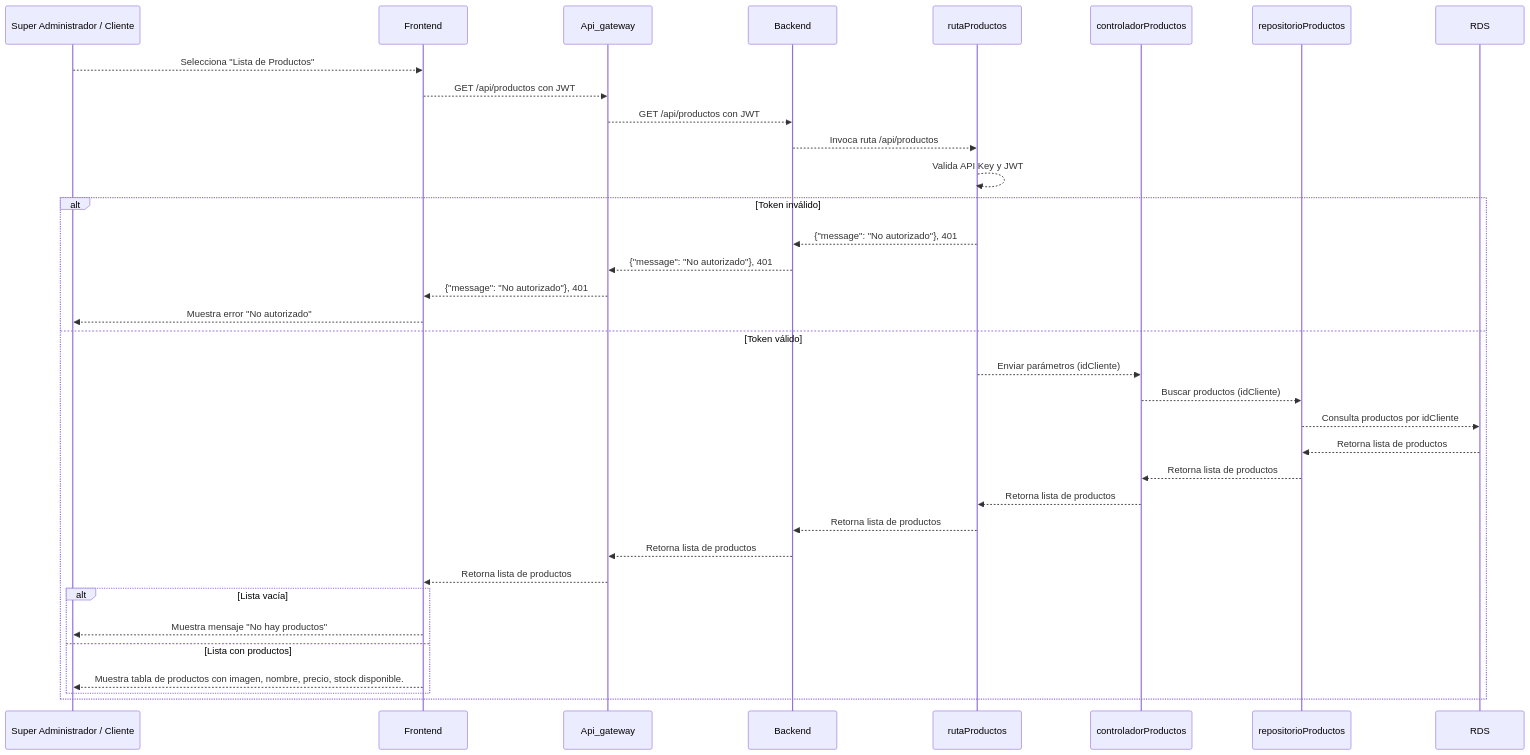
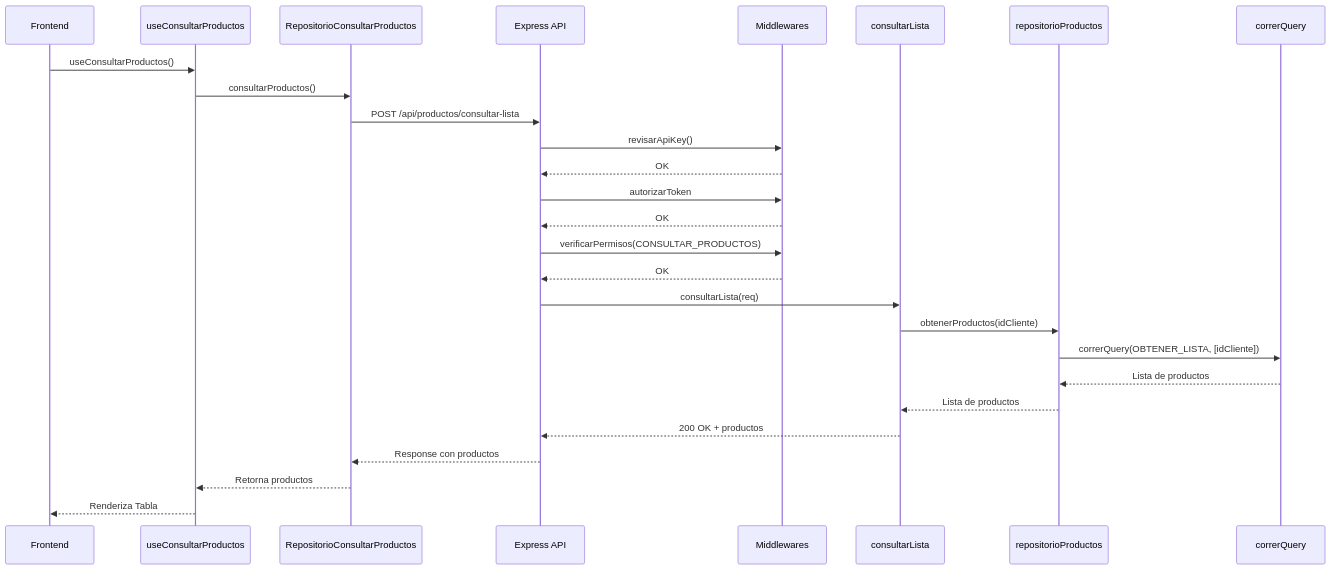
One commit to CodeAnd-Co/Documentacion changed the diagram in documentation/docs/proyectos/textiles/documentacion/requisitos/RF27.md. Above: the diagram before and after it, drawn with Mermaid.

Commit message:
Fix: Diagrama de secuencia RF27

````diff
--- a/documentation/docs/proyectos/textiles/documentacion/requisitos/RF27.md
+++ b/documentation/docs/proyectos/textiles/documentacion/requisitos/RF27.md
@@ -32,41 +32,30 @@
 ```mermaid
 sequenceDiagram
-participant Usuario as Super Administrador / Cliente
-participant Frontend
-participant Api_gateway
-participant Backend
-participant rutaProductos
-participant controladorProductos
-participant repositorioProductos
-participant RDS
+    participant Frontend
+    participant Hook as useConsultarProductos
+    participant Repositorio as RepositorioConsultarProductos
+    participant Backend as Express API
+    participant Middleware as Middlewares
+    participant Controller as consultarLista
+    participant Repo as repositorioProductos
+    participant DB as correrQuery
 
-Usuario -->> Frontend: Selecciona "Lista de Productos"
-Frontend -->> Api_gateway: GET /api/productos con JWT
-Api_gateway -->> Backend: GET /api/productos con JWT
-Backend -->> rutaProductos: Invoca ruta /api/productos
-rutaProductos -->> rutaProductos: Valida API Key y JWT
-
-alt Token inválido
-rutaProductos -->> Backend: {"message": "No autorizado"}, 401
-Backend -->> Api_gateway: {"message": "No autorizado"}, 401
-Api_gateway -->> Frontend: {"message": "No autorizado"}, 401
-Frontend -->> Usuario: Muestra error "No autorizado"
-else Token válido
-rutaProductos -->> controladorProductos: Enviar parámetros (idCliente)
-controladorProductos -->> repositorioProductos: Buscar productos (idCliente)
-repositorioProductos -->> RDS: Consulta productos por idCliente
-RDS -->> repositorioProductos: Retorna lista de productos
-repositorioProductos -->> controladorProductos: Retorna lista de productos
-controladorProductos -->> rutaProductos: Retorna lista de productos
-rutaProductos -->> Backend: Retorna lista de productos
-Backend -->> Api_gateway: Retorna lista de productos
-Api_gateway -->> Frontend: Retorna lista de productos
-
-    alt Lista vacía
-        Frontend -->> Usuario: Muestra mensaje "No hay productos"
-    else Lista con productos
-        Frontend -->> Usuario: Muestra tabla de productos con imagen, nombre, precio, stock disponible.
-    end
-
-end
+    Frontend->>Hook: useConsultarProductos()
+    Hook->>Repositorio: consultarProductos()
+    Repositorio->>Backend: POST /api/productos/consultar-lista
+    Backend->>Middleware: revisarApiKey()
+    Middleware-->>Backend: OK
+    Backend->>Middleware: autorizarToken
+    Middleware-->>Backend: OK
+    Backend->>Middleware: verificarPermisos(CONSULTAR_PRODUCTOS)
+    Middleware-->>Backend: OK
+    Backend->>Controller: consultarLista(req)
+    Controller->>Repo: obtenerProductos(idCliente)
+    Repo->>DB: correrQuery(OBTENER_LISTA, [idCliente])
+    DB-->>Repo: Lista de productos
+    Repo-->>Controller: Lista de productos
+    Controller-->>Backend: 200 OK + productos
+    Backend-->>Repositorio: Response con productos
+    Repositorio-->>Hook: Retorna productos
+    Hook-->>Frontend: Renderiza Tabla
 ```
````
